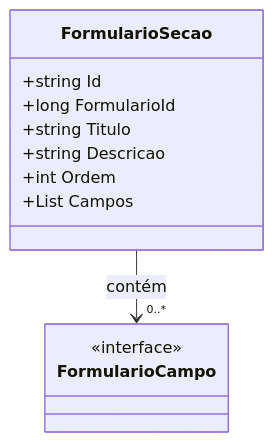
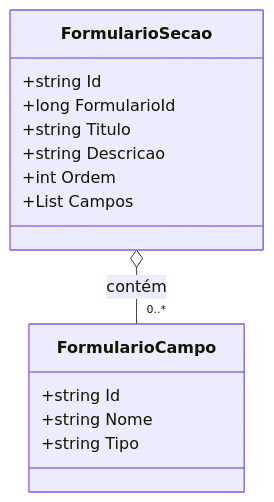
Before and after one commit to IsthmusSistemas/documentacao-tecnica: the diagram in docs/b2b-dominio/IsthmusWinthor.Nucleo/IsthmusWinthor.Dominio/POCO/Formulario/FormularioSecao.md, drawn with Mermaid. The commit also changed other lines of this file and 882 other files, not shown here.

````diff
--- a/docs/b2b-dominio/IsthmusWinthor.Nucleo/IsthmusWinthor.Dominio/POCO/Formulario/FormularioSecao.md
+++ b/docs/b2b-dominio/IsthmusWinthor.Nucleo/IsthmusWinthor.Dominio/POCO/Formulario/FormularioSecao.md
@@ -23,17 +21,18 @@
 ```mermaid
 classDiagram
     class FormularioSecao {
         +string Id
         +long FormularioId
         +string Titulo
         +string Descricao
         +int Ordem
         +List<FormularioCampo> Campos
     }
-
     class FormularioCampo {
-        <<interface>>
+        +string Id
+        +string Nome
+        +string Tipo
     }
 
-    FormularioSecao --> "0..*" FormularioCampo : contém
+    FormularioSecao o-- "0..*" FormularioCampo : contém
 ```
````
